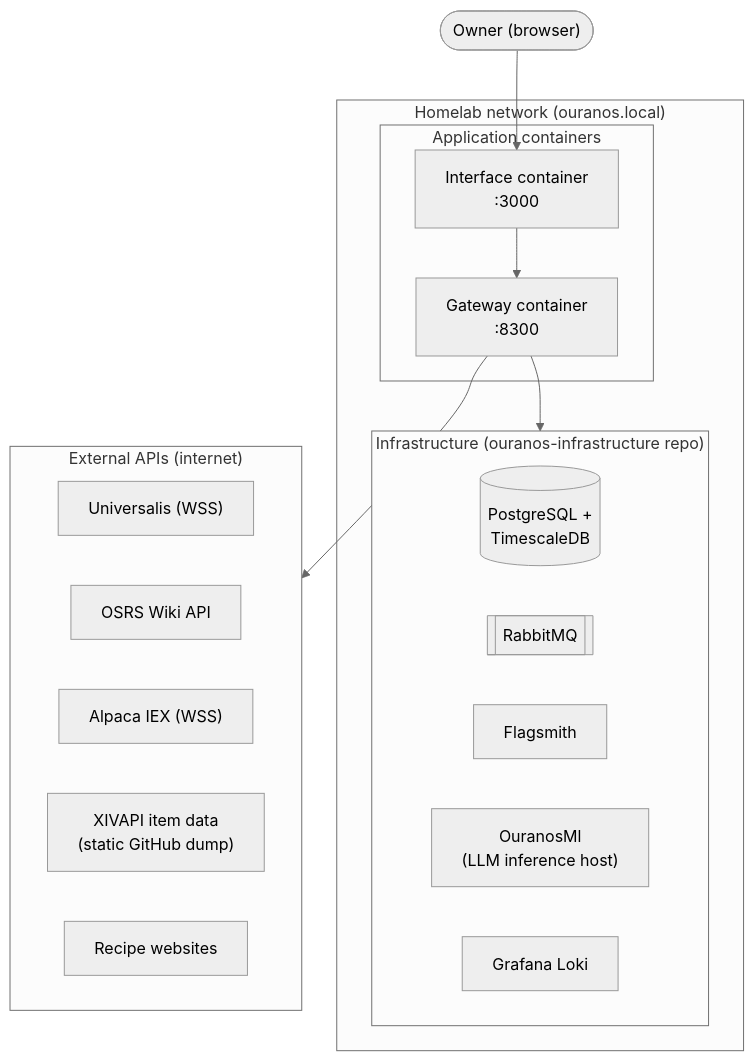
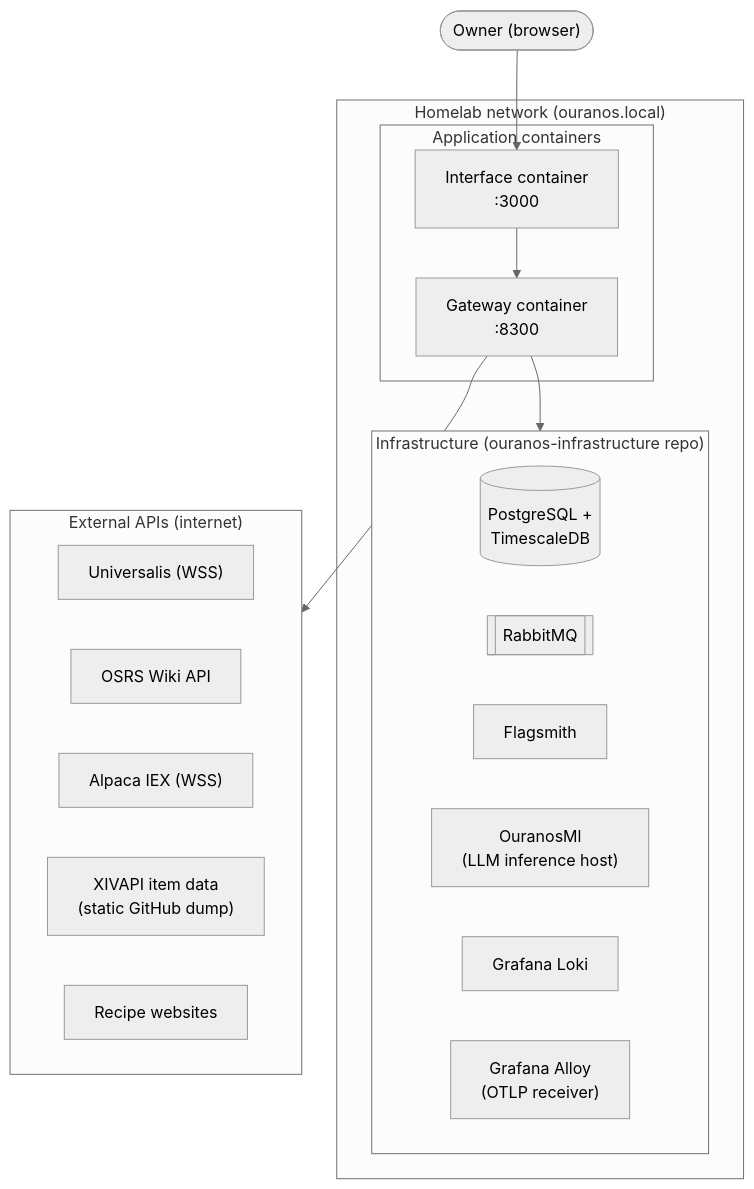
Before and after one commit to davwales/ouranos-pantheon: the first of 2 diagrams in docs/architecture/07-deployment-view.md, drawn with Mermaid (neutral theme). The commit also changed other lines of this file and 40 other files, not shown here.

````diff
--- a/docs/architecture/07-deployment-view.md
+++ b/docs/architecture/07-deployment-view.md
@@ -24,32 +24,33 @@
 ```mermaid
 graph TB
     user(["Owner (browser)"])
 
     subgraph homelab["Homelab network (ouranos.local)"]
         subgraph apps["Application containers"]
             gw["Gateway container<br/>:8300"]
             ifc["Interface container<br/>:3000"]
         end
 
         subgraph infra["Infrastructure (ouranos-infrastructure repo)"]
             pg[("PostgreSQL +<br/>TimescaleDB")]
             mq[["RabbitMQ"]]
             fs["Flagsmith"]
             ml["OuranosMl<br/>(LLM inference host)"]
             loki["Grafana Loki"]
+            alloy["Grafana Alloy<br/>(OTLP receiver)"]
         end
     end
 
     subgraph external["External APIs (internet)"]
         uni["Universalis (WSS)"]
         osrs["OSRS Wiki API"]
         alp["Alpaca IEX (WSS)"]
         xiv["XIVAPI item data<br/>(static GitHub dump)"]
         web["Recipe websites"]
     end
 
     user --> ifc --> gw
 
     gw --> infra
     gw --> external
 ```
````
